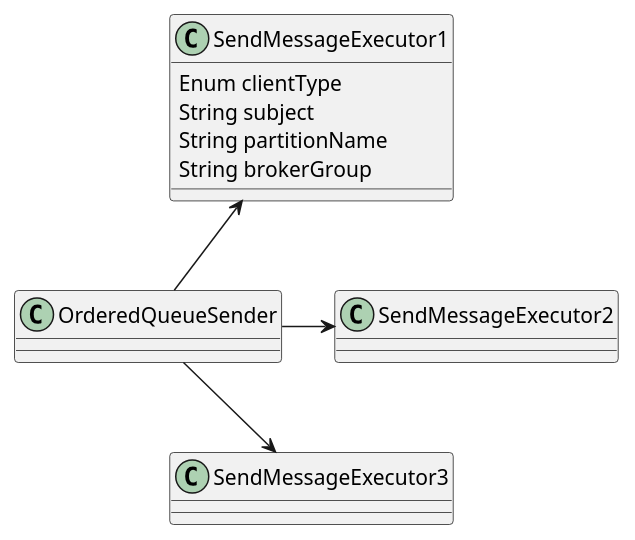
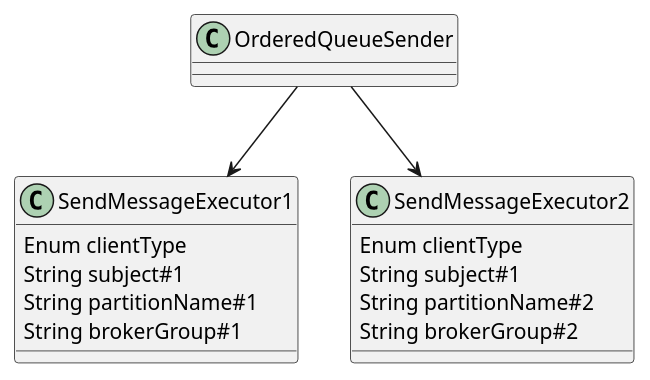
Before and after one commit to qunarcorp/qmq: the diagram in docs/exclusive_producer.plantuml, drawn with PlantUML. The commit also changed 7 other files, not shown here.

Commit message:
add uml and TODO

```diff
--- a/docs/exclusive_producer.plantuml
+++ b/docs/exclusive_producer.plantuml
@@ -1,23 +1,20 @@
 @startuml
 
 class SendMessageExecutor1 {
     Enum clientType
-    String subject
-    String partitionName
-    String brokerGroup
+    String subject#1
+    String partitionName#1
+    String brokerGroup#1
 }
 
 class SendMessageExecutor2 {
+    Enum clientType
+    String subject#1
+    String partitionName#2
+    String brokerGroup#2
 }
 
-class SendMessageExecutor3 {
-}
-
-OrderedQueueSender -up-> SendMessageExecutor1
-OrderedQueueSender -right-> SendMessageExecutor2
-OrderedQueueSender -right-> SendMessageExecutor3
-
-SendMessageExecutor1 -[hidden]down-> SendMessageExecutor2
-SendMessageExecutor2 -[hidden]down-> SendMessageExecutor3
+OrderedQueueSender -down-> SendMessageExecutor1
+OrderedQueueSender -down-> SendMessageExecutor2
 
 @enduml
```
